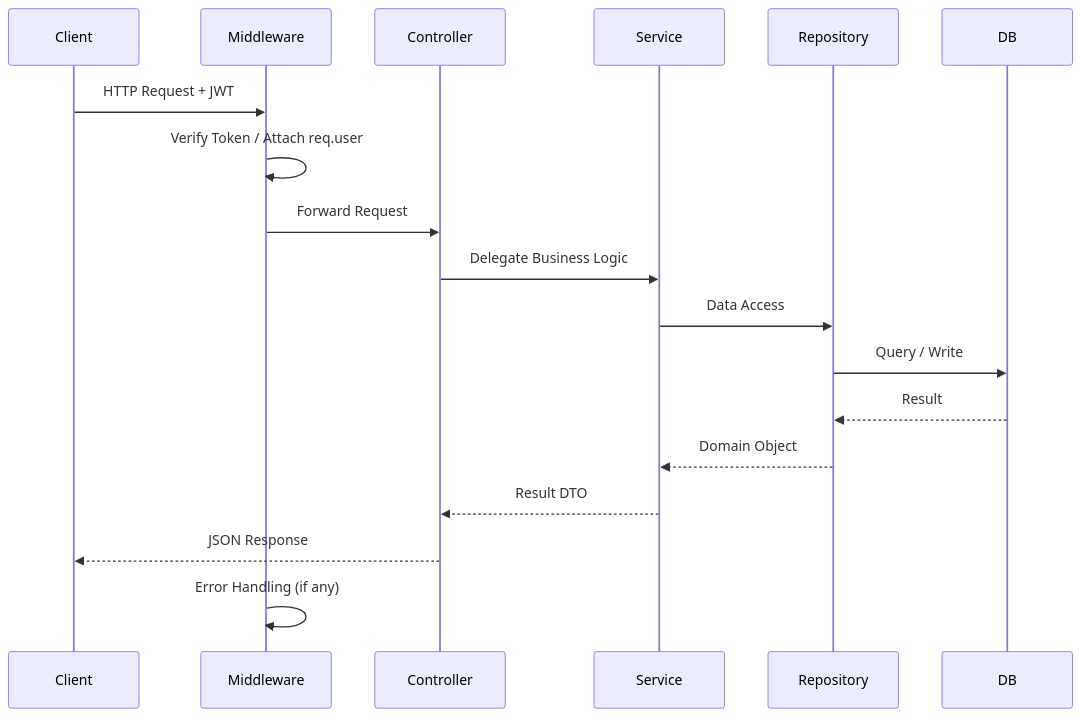
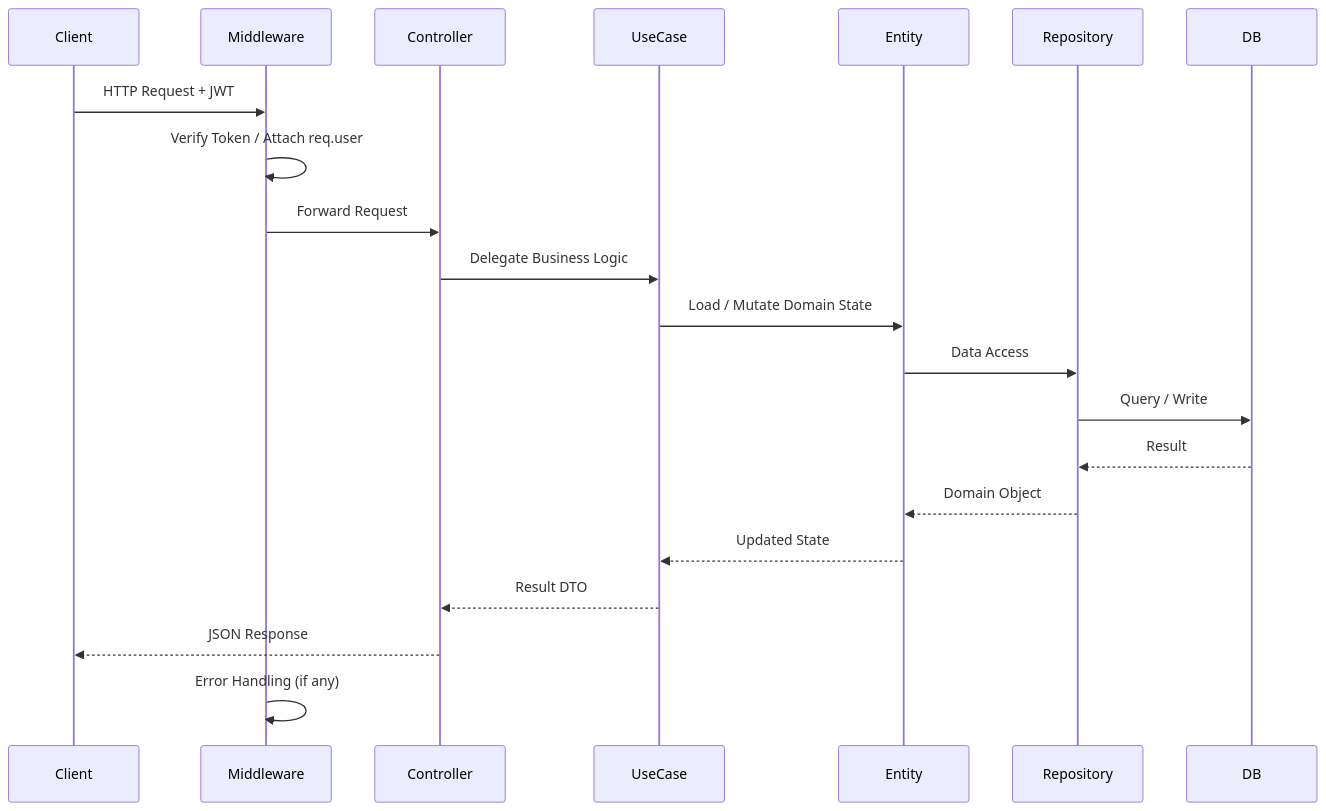
Before and after one commit to AH0Cs50/TerraVision_AI: the first of 9 diagrams in Backend/README.md, drawn with Mermaid. The commit also changed other lines of this file and 75 other files, not shown here.

````diff
--- a/Backend/README.md
+++ b/Backend/README.md
@@ -58,21 +58,24 @@
 ```mermaid
 sequenceDiagram
     participant Client
     participant Middleware
     participant Controller
-    participant Service
+    participant UseCase
+    participant Entity
     participant Repository
     participant DB
 
     Client->>Middleware: HTTP Request + JWT
     Middleware->>Middleware: Verify Token / Attach req.user
     Middleware->>Controller: Forward Request
-    Controller->>Service: Delegate Business Logic
-    Service->>Repository: Data Access
+    Controller->>UseCase: Delegate Business Logic
+    UseCase->>Entity: Load / Mutate Domain State
+    Entity->>Repository: Data Access
     Repository->>DB: Query / Write
     DB-->>Repository: Result
-    Repository-->>Service: Domain Object
-    Service-->>Controller: Result DTO
+    Repository-->>Entity: Domain Object
+    Entity-->>UseCase: Updated State
+    UseCase-->>Controller: Result DTO
     Controller-->>Client: JSON Response
     Middleware->>Middleware: Error Handling (if any)
 ```
````
